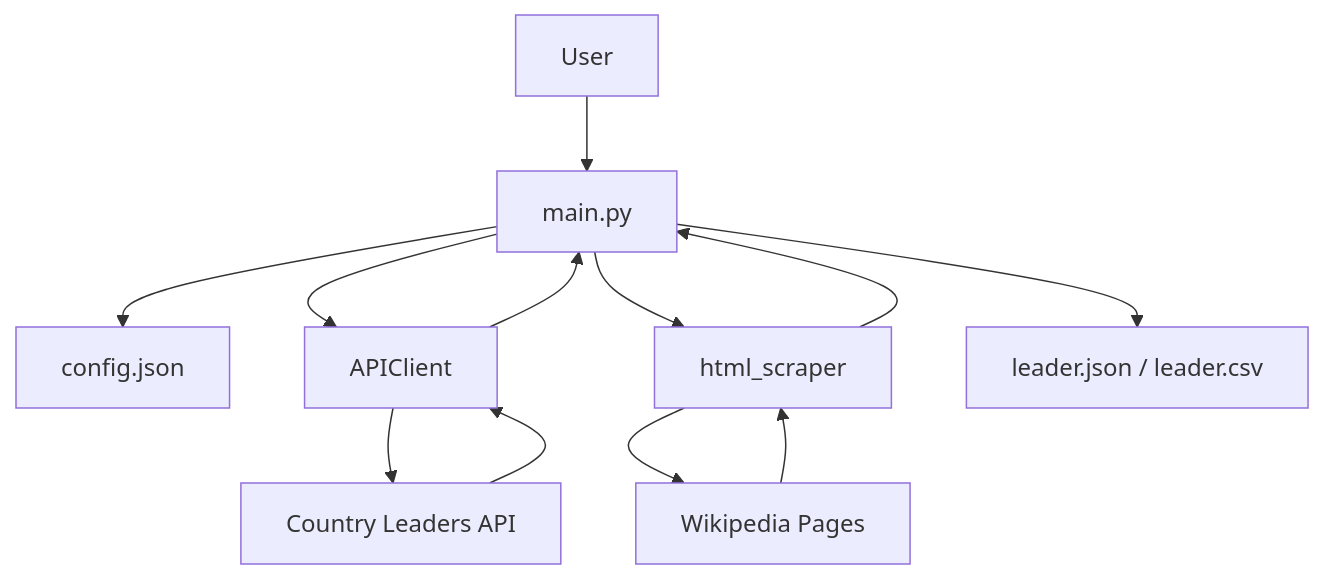
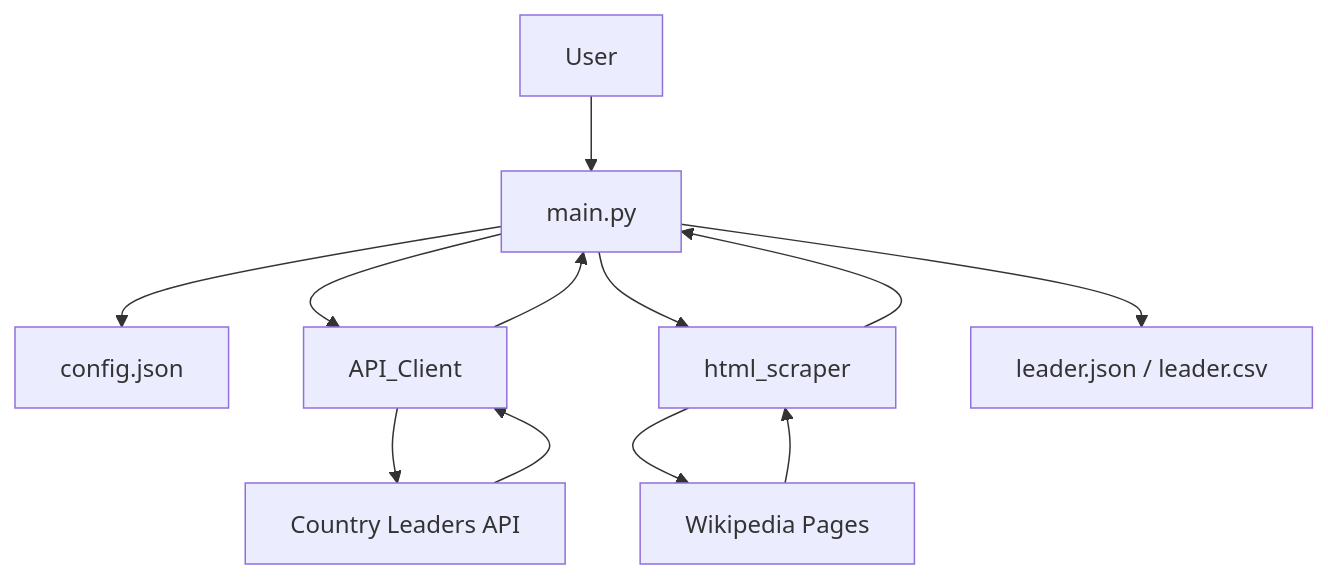
The diagram in README.md (lienkt/wikipedia-scraper), drawn with Mermaid before and after one commit.

Commit message:
diagram updated

````diff
--- a/README.md
+++ b/README.md
@@ -45,25 +45,25 @@
 ```mermaid
 flowchart TB
 
     USER[User]
 
     USER --> MAIN[main.py]
 
     MAIN --> CONFIG[config.json]
 
-    MAIN --> API[APIClient]
+    MAIN --> API[API_Client]
 
     API --> COUNTRY_API[Country Leaders API]
 
     MAIN --> SCRAPER[html_scraper]
 
     SCRAPER --> WIKI[Wikipedia Pages]
 
     COUNTRY_API --> API
     WIKI --> SCRAPER
 
     API --> MAIN
     SCRAPER --> MAIN
 
     MAIN --> OUTPUT[leader.json / leader.csv]
 ```
````
